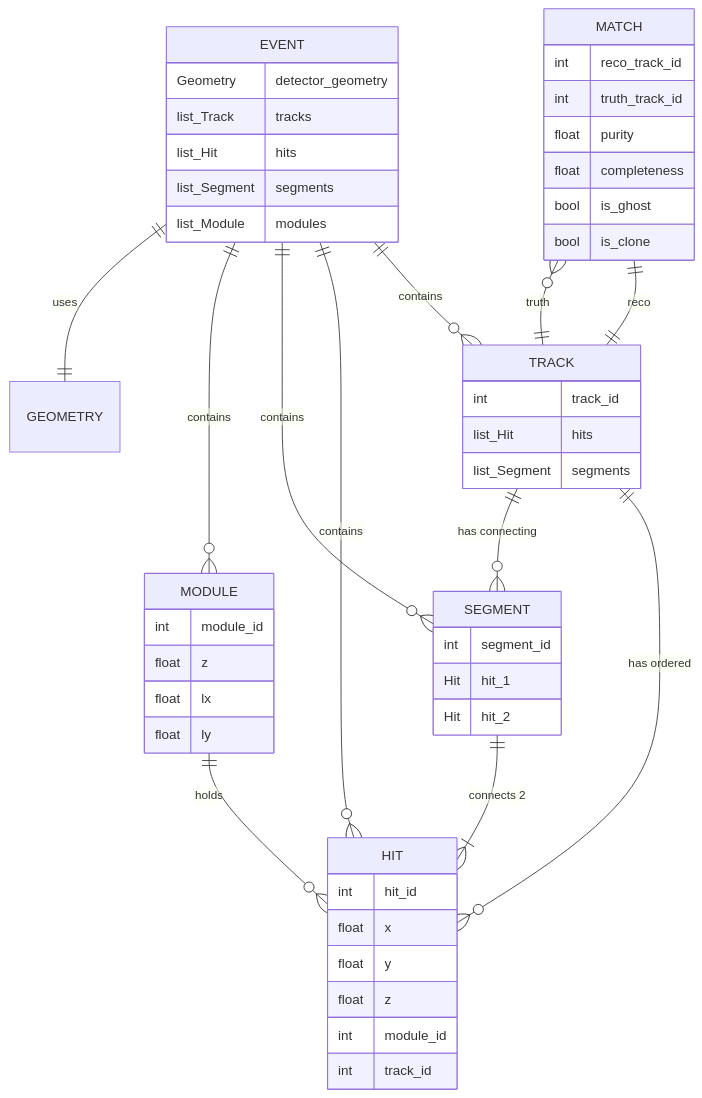
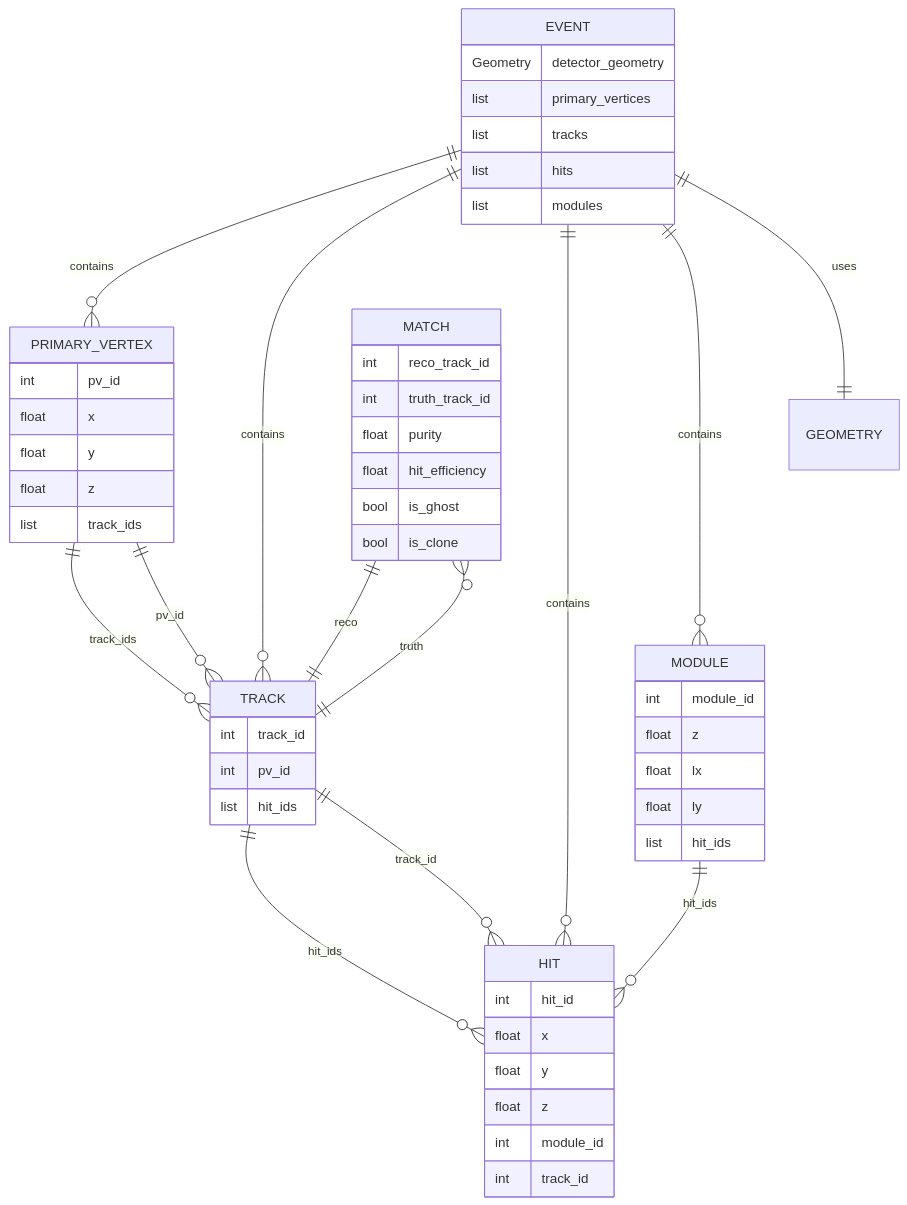
Diagram 13 of 13 in docs/WORKFLOW_OVERVIEW.md (GeorgeWilliam1999/LHCb_VeLo_Toy_Model), drawn with Mermaid before and after one commit. The commit also changed other lines of this file and 21 other files, not shown here.

````diff
--- a/docs/WORKFLOW_OVERVIEW.md
+++ b/docs/WORKFLOW_OVERVIEW.md
@@ -447,63 +825,66 @@
 ```mermaid
 erDiagram
+    EVENT ||--o{ PRIMARY_VERTEX : contains
     EVENT ||--o{ TRACK : contains
     EVENT ||--o{ HIT : contains
-    EVENT ||--o{ SEGMENT : contains
     EVENT ||--o{ MODULE : contains
     EVENT ||--|| GEOMETRY : uses
     
-    TRACK ||--o{ HIT : "has ordered"
-    TRACK ||--o{ SEGMENT : "has connecting"
+    PRIMARY_VERTEX ||--o{ TRACK : "track_ids"
+    TRACK ||--o{ HIT : "hit_ids"
+    TRACK }o--|| PRIMARY_VERTEX : "pv_id"
+    HIT }o--|| TRACK : "track_id"
     
-    SEGMENT ||--|{ HIT : "connects 2"
-    
-    MODULE ||--o{ HIT : "holds"
+    MODULE ||--o{ HIT : "hit_ids"
     
     MATCH ||--|| TRACK : "reco"
     MATCH }o--|| TRACK : "truth"
     
     EVENT {
         Geometry detector_geometry
-        list_Track tracks
-        list_Hit hits
-        list_Segment segments
-        list_Module modules
+        list primary_vertices
+        list tracks
+        list hits
+        list modules
+    }
+    
+    PRIMARY_VERTEX {
+        int pv_id
+        float x
+        float y
+        float z
+        list track_ids
     }
     
     TRACK {
         int track_id
-        list_Hit hits
-        list_Segment segments
+        int pv_id
+        list hit_ids
     }
     
     HIT {
         int hit_id
         float x
         float y
         float z
         int module_id
         int track_id
     }
     
-    SEGMENT {
-        int segment_id
-        Hit hit_1
-        Hit hit_2
-    }
-    
     MODULE {
         int module_id
         float z
         float lx
         float ly
+        list hit_ids
     }
     
     MATCH {
         int reco_track_id
         int truth_track_id
         float purity
-        float completeness
+        float hit_efficiency
         bool is_ghost
         bool is_clone
     }
 ```
````
